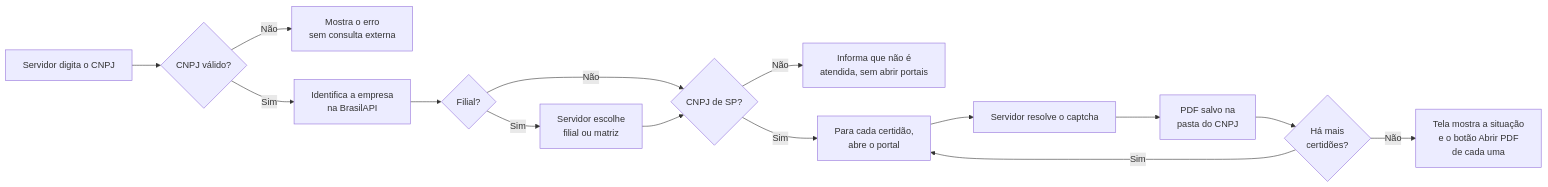
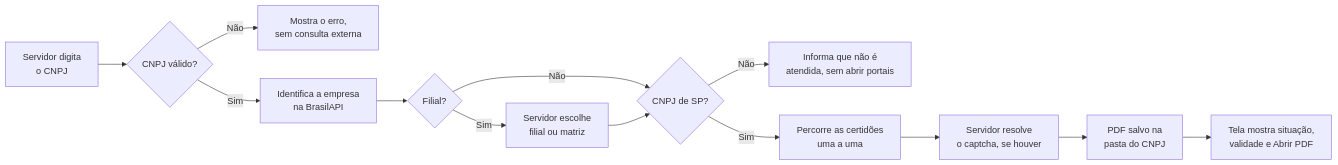
The first of 3 diagrams in README.md (maia-andre/licita_certidoes), drawn with Mermaid before and after one commit. The commit also changed other lines of this file and 1 other file, not shown here.

First line of the commit message:
docs: README com certidões, exigências dos editais, versões e marcos

````diff
--- a/README.md
+++ b/README.md
@@ -27,17 +38,15 @@
 ```mermaid
 flowchart LR
-    A[Servidor digita o CNPJ] --> B{CNPJ válido?}
-    B -- Não --> C[Mostra o erro<br/>sem consulta externa]
+    A[Servidor digita<br/>o CNPJ] --> B{CNPJ válido?}
+    B -- Não --> C[Mostra o erro,<br/>sem consulta externa]
     B -- Sim --> I[Identifica a empresa<br/>na BrasilAPI]
     I --> J{Filial?}
     J -- Sim --> K[Servidor escolhe<br/>filial ou matriz]
     J -- Não --> L{CNPJ de SP?}
     K --> L
     L -- Não --> M[Informa que não é<br/>atendida, sem abrir portais]
-    L -- Sim --> D[Para cada certidão,<br/>abre o portal]
-    D --> E[Servidor resolve o captcha]
+    L -- Sim --> D[Percorre as certidões<br/>uma a uma]
+    D --> E[Servidor resolve<br/>o captcha, se houver]
     E --> F[PDF salvo na<br/>pasta do CNPJ]
-    F --> G{Há mais<br/>certidões?}
-    G -- Sim --> D
-    G -- Não --> H[Tela mostra a situação<br/>e o botão Abrir PDF<br/>de cada uma]
+    F --> H[Tela mostra situação,<br/>validade e Abrir PDF]
 ```
````
